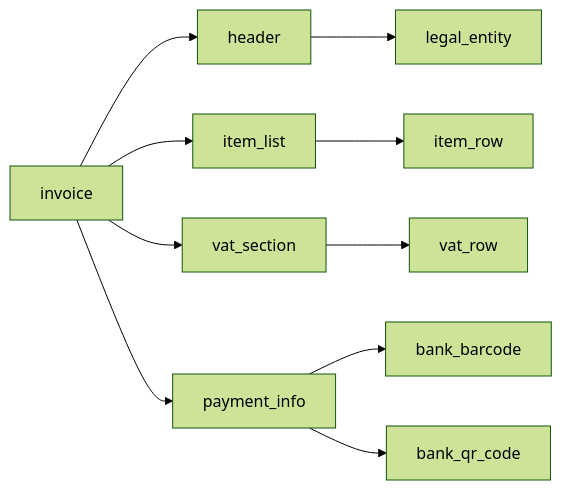
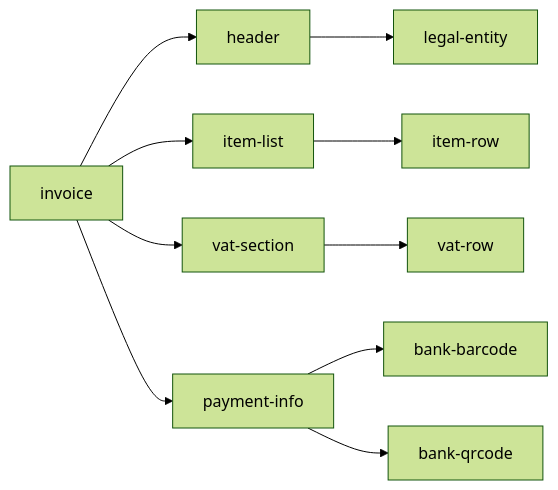
One commit to typst/packages changed the second of 2 diagrams in packages/preview/laskutys/1.0.0/docs/architecture.md. Above: the diagram before and after it, drawn with Mermaid (forest theme). The commit also changed other lines of this file and 51 other files, not shown here.

````diff
--- a/packages/preview/laskutys/1.0.0/docs/architecture.md
+++ b/packages/preview/laskutys/1.0.0/docs/architecture.md
@@ -34,16 +34,16 @@
 ```mermaid
 graph LR
 invoice --> header
-invoice --> item_list
-invoice --> vat_section
-invoice --> payment_info
+invoice --> item-list
+invoice --> vat-section
+invoice --> payment-info
 
-header --> legal_entity
+header --> legal-entity
 
-item_list --> item_row
+item-list --> item-row
 
-vat_section --> vat_row
+vat-section --> vat-row
 
-payment_info --> bank_barcode
-payment_info --> bank_qr_code
+payment-info --> bank-barcode
+payment-info --> bank-qrcode
 ```
````
